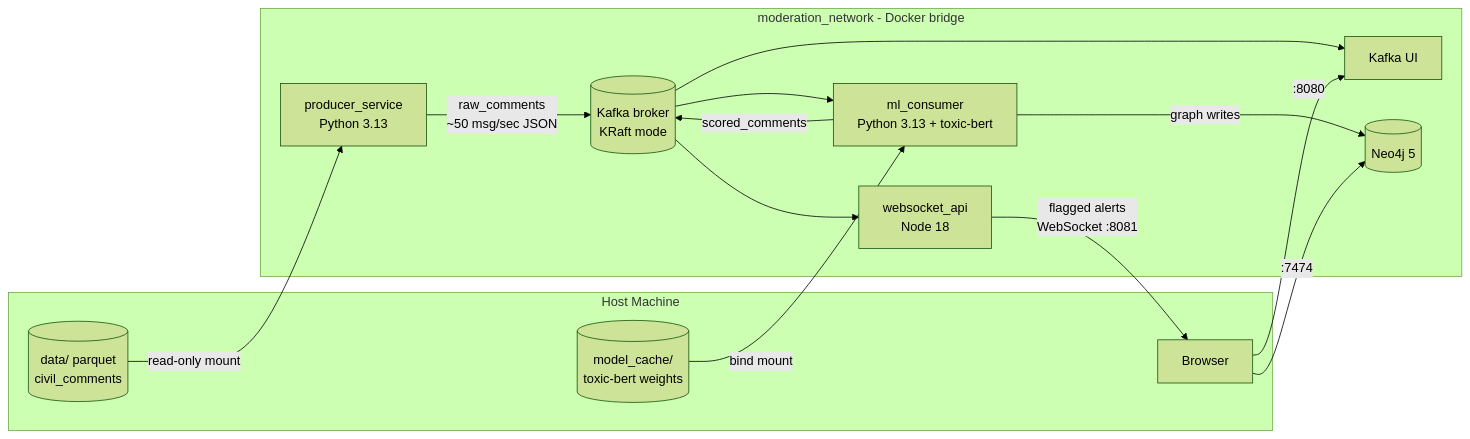
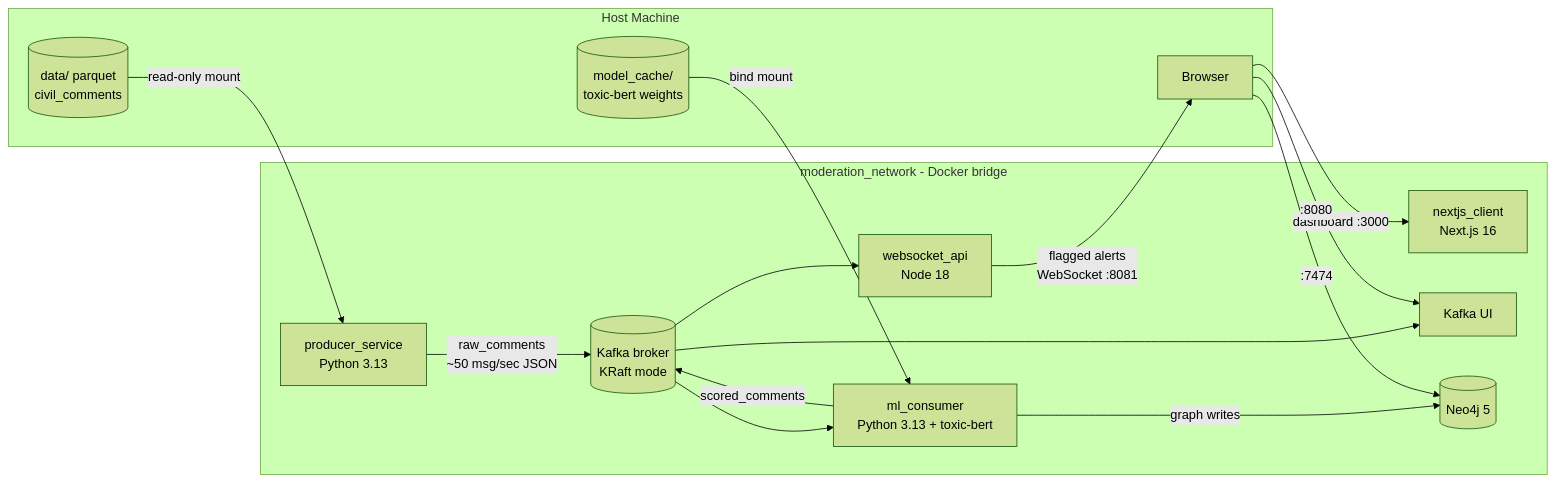
Before and after one commit to mj-weshh/realtime-moderation-engine: the diagram in README.md, drawn with Mermaid (forest theme). The commit also changed other lines of this file and 1 other file, not shown here.

Commit message:
feat: dockerize Next.js dashboard and finalize README quick start

````diff
--- a/README.md
+++ b/README.md
@@ -24,29 +25,31 @@
 ```mermaid
 flowchart LR
     subgraph hostMachine [Host Machine]
         dataset[("data/ parquet<br/>civil_comments")]
         modelCache[("model_cache/<br/>toxic-bert weights")]
         browser[Browser]
     end
 
     subgraph modNet [moderation_network - Docker bridge]
         producer[producer_service<br/>Python 3.13]
         kafka[(Kafka broker<br/>KRaft mode)]
         consumer[ml_consumer<br/>Python 3.13 + toxic-bert]
         wsapi[websocket_api<br/>Node 18]
+        nextjs[nextjs_client<br/>Next.js 16]
         kafkaui[Kafka UI]
         neo4j[(Neo4j 5)]
     end
 
     dataset -- "read-only mount" --> producer
     modelCache -- "bind mount" --> consumer
     producer -- "raw_comments<br/>~50 msg/sec JSON" --> kafka
     kafka --> consumer
     consumer -- "graph writes" --> neo4j
     consumer -- "scored_comments" --> kafka
     kafka --> wsapi
     wsapi -- "flagged alerts<br/>WebSocket :8081" --> browser
+    browser -- "dashboard :3000" --> nextjs
     kafka --> kafkaui
     browser -- ":8080" --> kafkaui
     browser -- ":7474" --> neo4j
 ```
````
